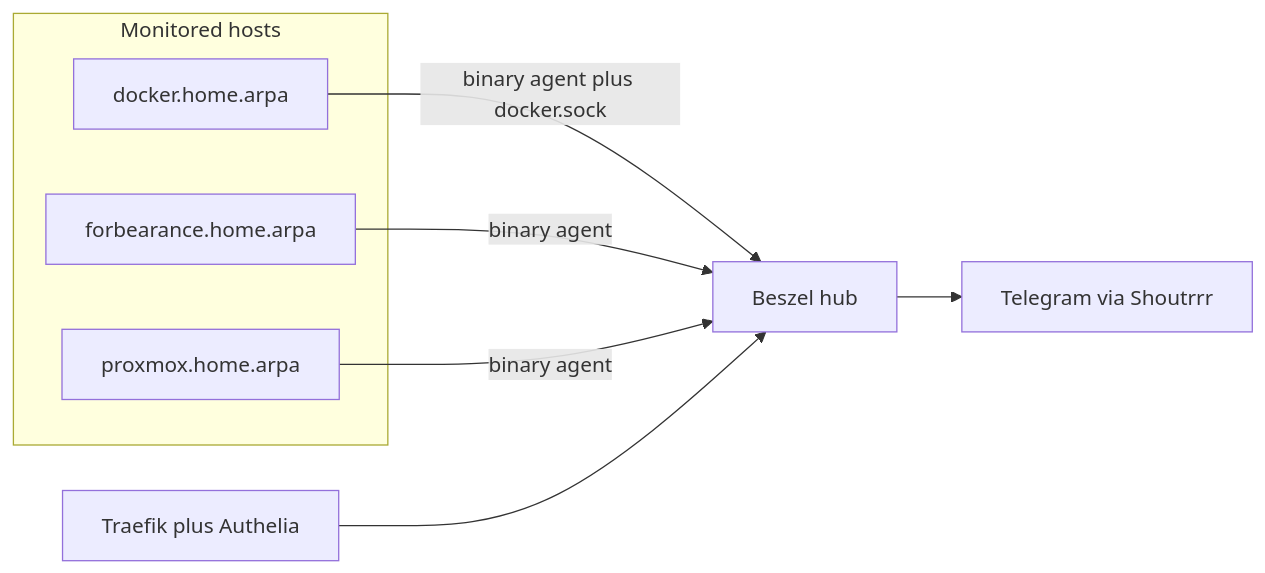
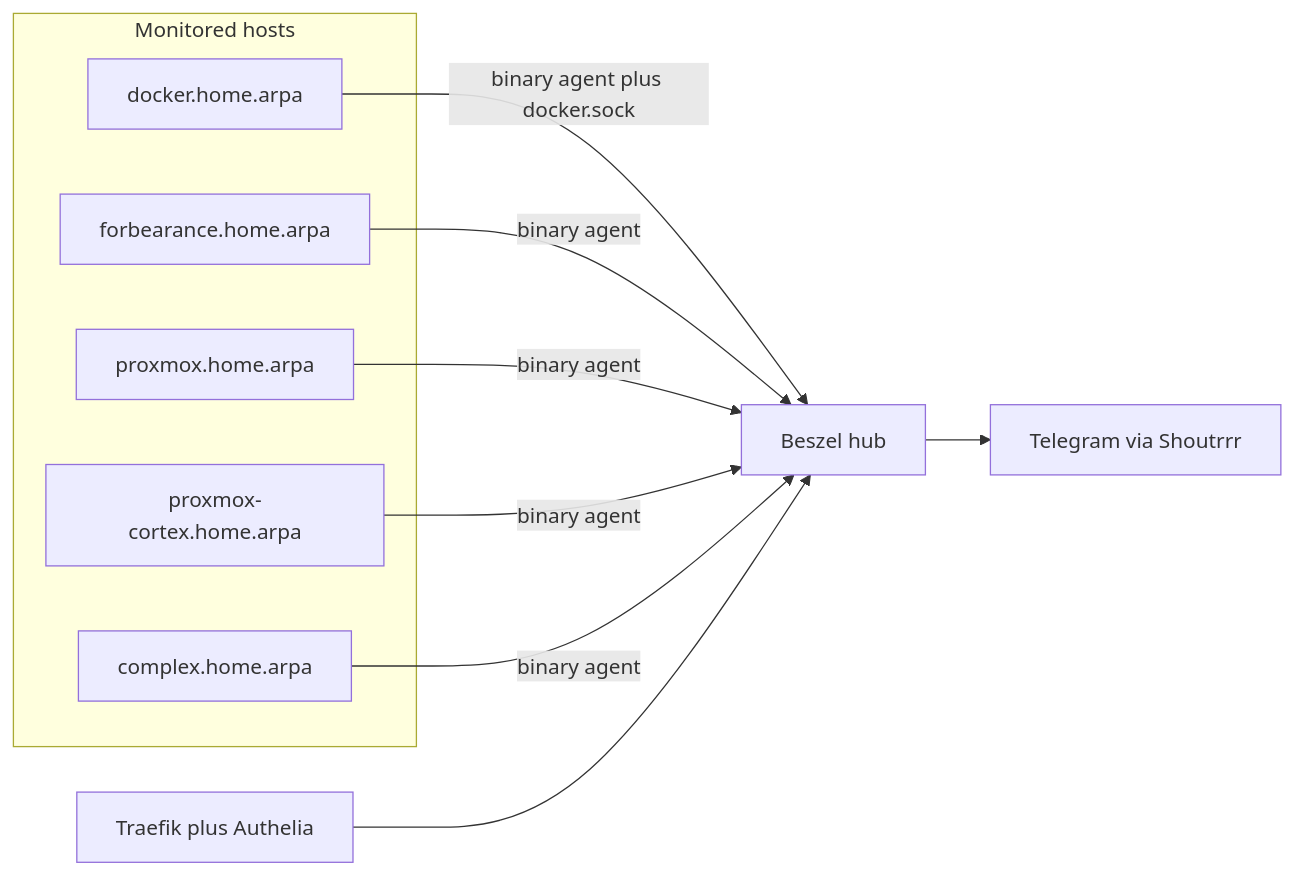
One commit to Enucatl/docker-beszel changed the diagram in plan.md. Above: the diagram before and after it, drawn with Mermaid. The commit also changed other lines of this file and 2 other files, not shown here.

Commit message:
Document Debian-wide Beszel agents and cortex/complex fleet.

````diff
--- a/plan.md
+++ b/plan.md
@@ -33,16 +33,20 @@
 ```mermaid
 flowchart LR
   subgraph hosts [Monitored hosts]
     dockerHost[docker.home.arpa]
     forbearance[forbearance.home.arpa]
     proxmox[proxmox.home.arpa]
+    cortex[proxmox-cortex.home.arpa]
+    complex[complex.home.arpa]
   end
   hub[Beszel hub]
   ui[Traefik plus Authelia]
   tg[Telegram via Shoutrrr]
   dockerHost -->|binary agent plus docker.sock| hub
   forbearance -->|binary agent| hub
   proxmox -->|binary agent| hub
+  cortex -->|binary agent| hub
+  complex -->|binary agent| hub
   ui --> hub
   hub --> tg
 ```
````
